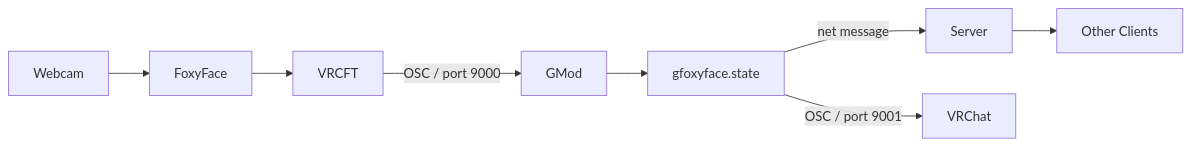
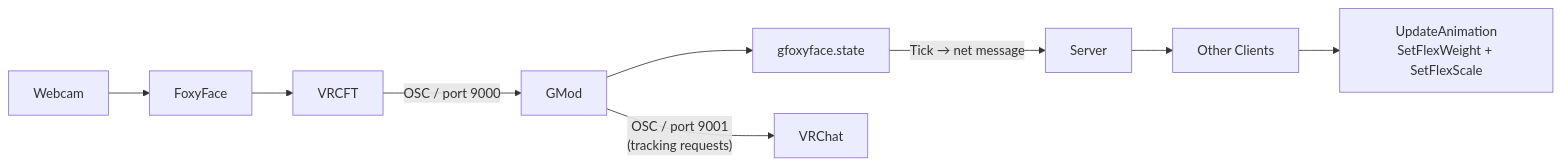
Before and after one commit to Metastruct/gfoxyface: the diagram in README.md, drawn with Mermaid. The commit also changed other lines of this file, not shown here.

````diff
--- a/README.md
+++ b/README.md
@@ -35,9 +57,10 @@
 ```mermaid
 flowchart LR
     Webcam --> FoxyFace --> VRCFT
     VRCFT -- "OSC / port 9000" --> GMod
     GMod --> gfoxyface_state["gfoxyface.state"]
-    gfoxyface_state -- "net message" --> Server
+    gfoxyface_state -- "Tick → net message" --> Server
     Server --> OtherClients["Other Clients"]
-    gfoxyface_state -- "OSC / port 9001" --> VRChat
+    OtherClients --> UpdateAnimation["UpdateAnimation<br/>SetFlexWeight + SetFlexScale"]
+    GMod -- "OSC / port 9001<br/>(tracking requests)" --> VRChat
 ```
````
